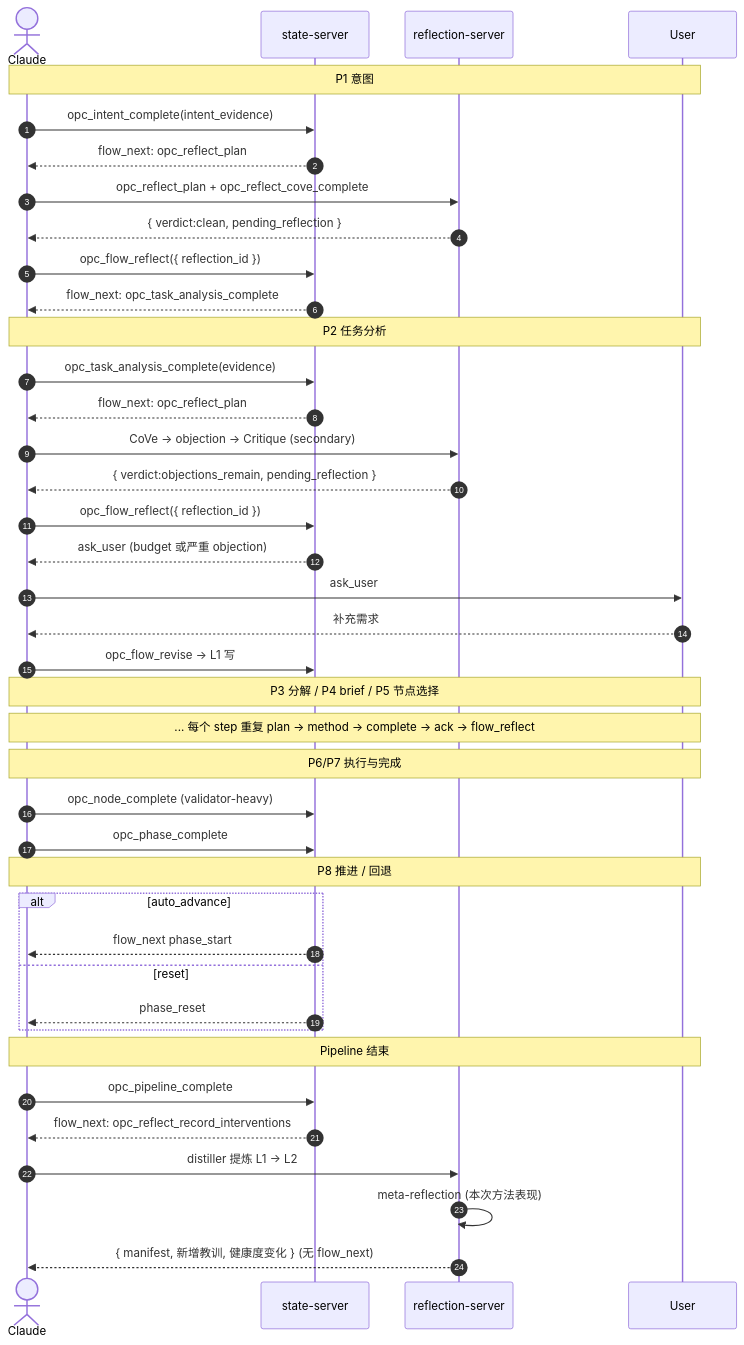
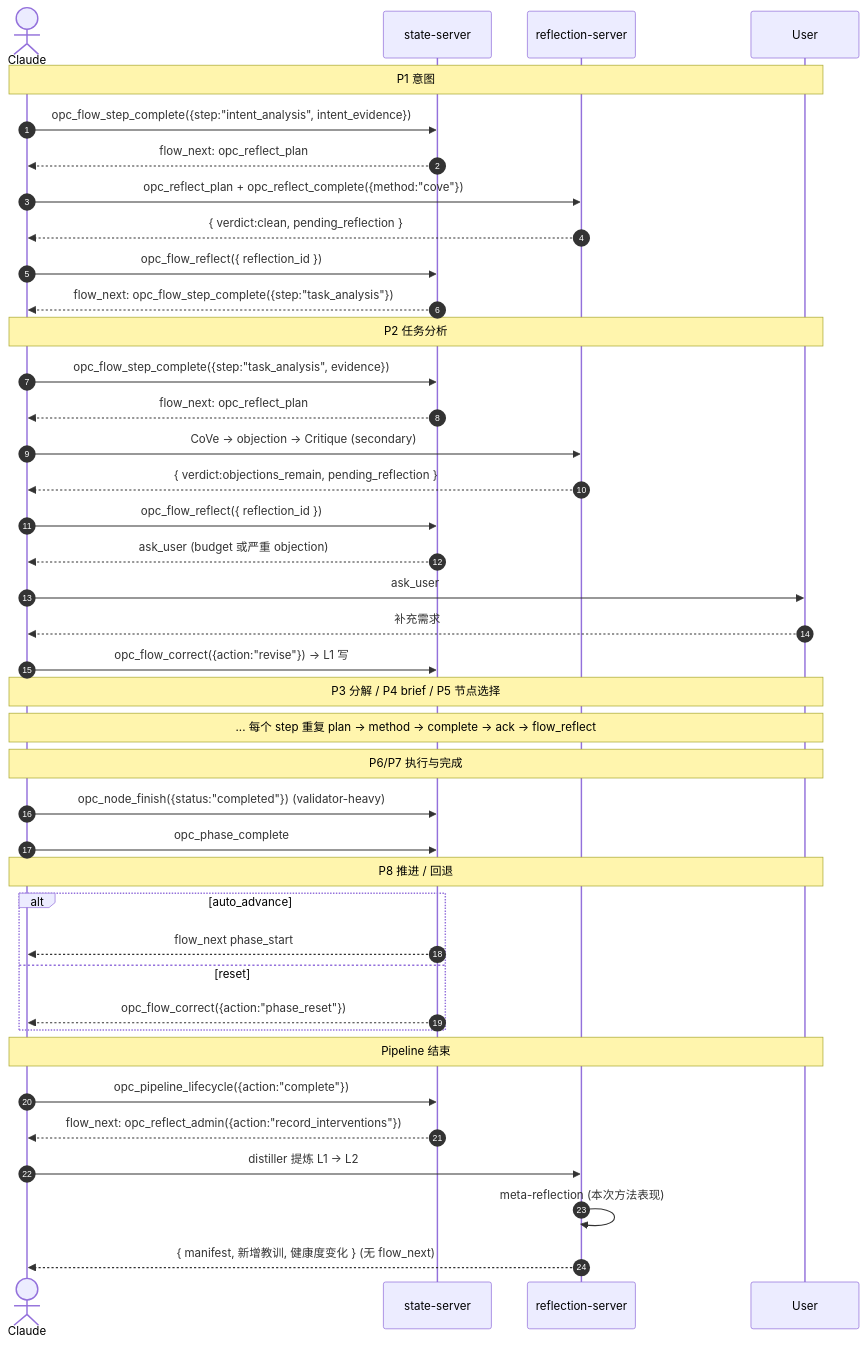
The third of 3 diagrams in doc/feature/05-opc-reflection-server/04-reflection-flow/00_overview.md (CaffeineOddity/opc-marketplace), drawn with Mermaid before and after one commit. The commit also changed other lines of this file and 16 other files, not shown here.

````diff
--- a/doc/feature/05-opc-reflection-server/04-reflection-flow/00_overview.md
+++ b/doc/feature/05-opc-reflection-server/04-reflection-flow/00_overview.md
@@ -168,48 +168,48 @@
 ```mermaid
 sequenceDiagram
     autonumber
     actor C as Claude
     participant SS as state-server
     participant RS as reflection-server
     participant U as User
 
     Note over C,U: P1 意图
-    C->>SS: opc_intent_complete(intent_evidence)
+    C->>SS: opc_flow_step_complete({step:"intent_analysis", intent_evidence})
     SS-->>C: flow_next: opc_reflect_plan
-    C->>RS: opc_reflect_plan + opc_reflect_cove_complete
+    C->>RS: opc_reflect_plan + opc_reflect_complete({method:"cove"})
     RS-->>C: { verdict:clean, pending_reflection }
     C->>SS: opc_flow_reflect({ reflection_id })
-    SS-->>C: flow_next: opc_task_analysis_complete
+    SS-->>C: flow_next: opc_flow_step_complete({step:"task_analysis"})
 
     Note over C,U: P2 任务分析
-    C->>SS: opc_task_analysis_complete(evidence)
+    C->>SS: opc_flow_step_complete({step:"task_analysis", evidence})
     SS-->>C: flow_next: opc_reflect_plan
     C->>RS: CoVe → objection → Critique (secondary)
     RS-->>C: { verdict:objections_remain, pending_reflection }
     C->>SS: opc_flow_reflect({ reflection_id })
     SS-->>C: ask_user (budget 或严重 objection)
     C->>U: ask_user
     U-->>C: 补充需求
-    C->>SS: opc_flow_revise → L1 写
+    C->>SS: opc_flow_correct({action:"revise"}) → L1 写
 
     Note over C,U: P3 分解 / P4 brief / P5 节点选择
     Note over C,U: ... 每个 step 重复 plan → method → complete → ack → flow_reflect
 
     Note over C,U: P6/P7 执行与完成
-    C->>SS: opc_node_complete (validator-heavy)
+    C->>SS: opc_node_finish({status:"completed"}) (validator-heavy)
     C->>SS: opc_phase_complete
 
     Note over C,U: P8 推进 / 回退
     alt auto_advance
         SS-->>C: flow_next phase_start
     else reset
-        SS-->>C: phase_reset
+        SS-->>C: opc_flow_correct({action:"phase_reset"})
     end
 
     Note over C,U: Pipeline 结束
-    C->>SS: opc_pipeline_complete
-    SS-->>C: flow_next: opc_reflect_record_interventions
+    C->>SS: opc_pipeline_lifecycle({action:"complete"})
+    SS-->>C: flow_next: opc_reflect_admin({action:"record_interventions"})
     C->>RS: distiller 提炼 L1 → L2
     RS->>RS: meta-reflection (本次方法表现)
     RS-->>C: { manifest, 新增教训, 健康度变化 } (无 flow_next)
 ```
````
